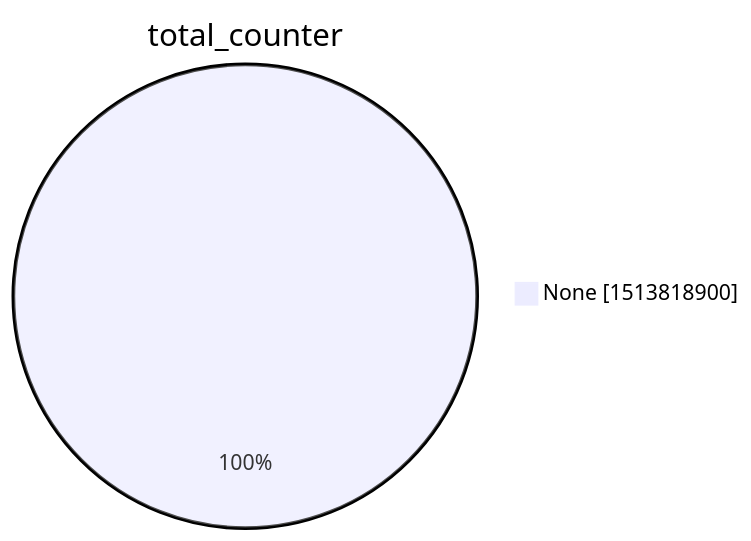
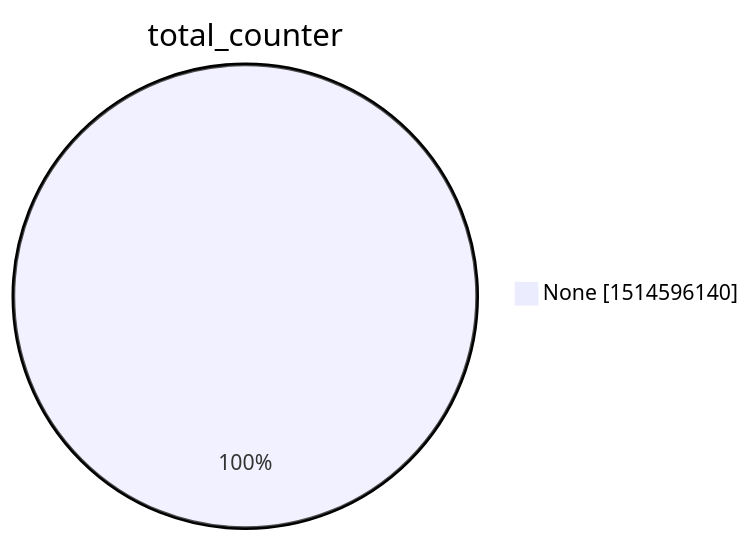
One commit to christiankrug/ctmonitor_visualization changed the second of 15 diagrams in xenon2022/README.md. Above: the diagram before and after it, drawn with Mermaid. The commit also changed other lines of this file, not shown here.

````diff
--- a/xenon2022/README.md
+++ b/xenon2022/README.md
@@ -9,5 +9,5 @@
 ```mermaid
 pie showData
 title total_counter
-"None" :1513818900
+"None" :1514596140
 ```
````
